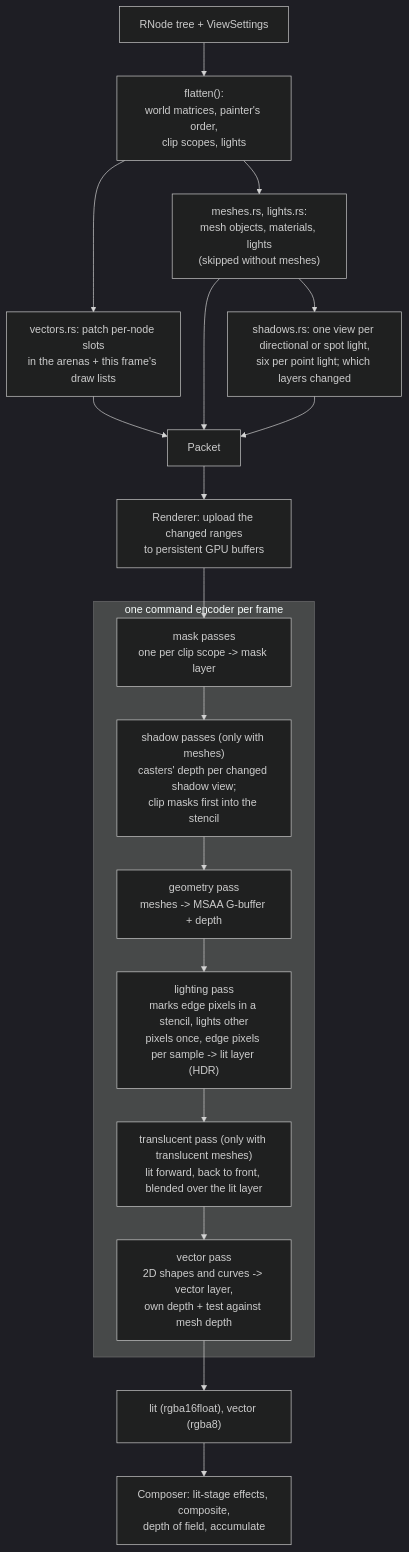
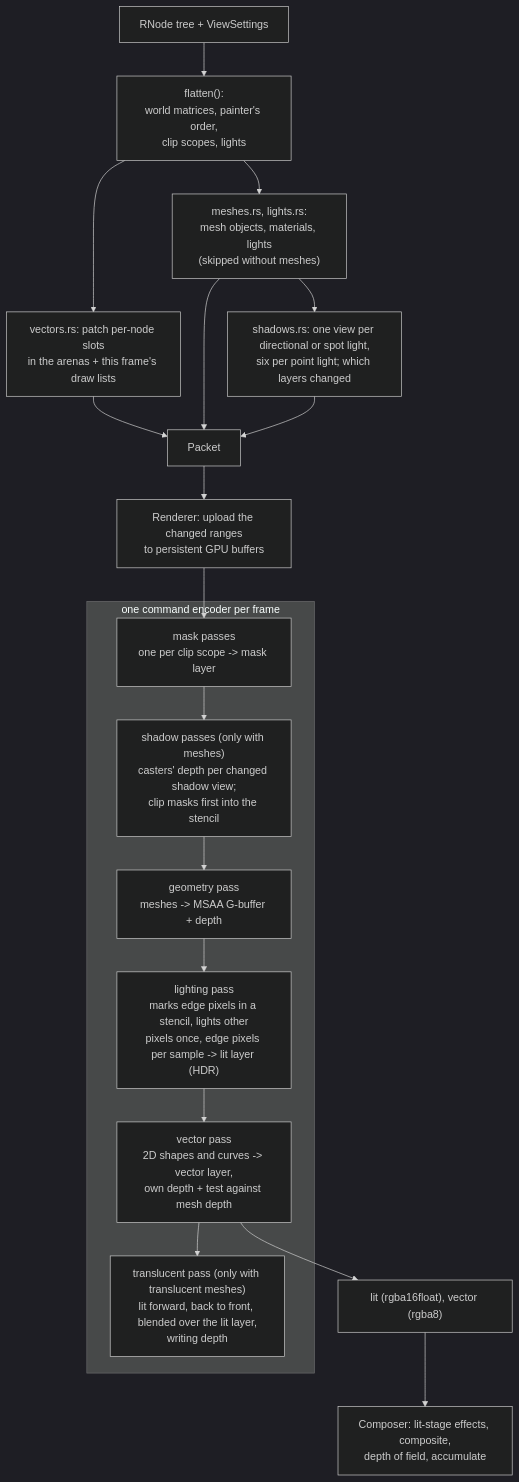
Before and after one commit to MrDiver/manim: the second of 5 diagrams in manimx/manimx/renderer/README.md, drawn with Mermaid (dark theme). The commit also changed other lines of this file and 4 other files, not shown here.

First line of the commit message:
manimx: let translucent meshes write depth, after the vector pass

````diff
--- a/manimx/manimx/renderer/README.md
+++ b/manimx/manimx/renderer/README.md
@@ -289,22 +289,22 @@
 ```mermaid
 flowchart TD
     A["RNode tree + ViewSettings"] --> B["flatten():<br/>world matrices, painter's order,<br/>clip scopes, lights"]
     B --> C["vectors.rs: patch per-node slots<br/>in the arenas + this frame's draw lists"]
     B --> D["meshes.rs, lights.rs:<br/>mesh objects, materials, lights<br/>(skipped without meshes)"]
     D --> E["shadows.rs: one view per directional or spot light,<br/>six per point light; which layers changed"]
     C & D & E --> K["Packet"]
     K --> F["Renderer: upload the changed ranges<br/>to persistent GPU buffers"]
     F --> P1
 
     subgraph GPU["one command encoder per frame"]
         P1["mask passes<br/>one per clip scope -> mask layer"] --> P2
         P2["shadow passes (only with meshes)<br/>casters' depth per changed shadow view;<br/>clip masks first into the stencil"] --> P3
         P3["geometry pass<br/>meshes -> MSAA G-buffer + depth"] --> P4
-        P4["lighting pass<br/>marks edge pixels in a stencil, lights other<br/>pixels once, edge pixels per sample -> lit layer (HDR)"] --> P4b
-        P4b["translucent pass (only with translucent meshes)<br/>lit forward, back to front, blended over the lit layer"] --> P5
-        P5["vector pass<br/>2D shapes and curves -> vector layer,<br/>own depth + test against mesh depth"]
+        P4["lighting pass<br/>marks edge pixels in a stencil, lights other<br/>pixels once, edge pixels per sample -> lit layer (HDR)"] --> P5
+        P5["vector pass<br/>2D shapes and curves -> vector layer,<br/>own depth + test against mesh depth"] --> P6
+        P6["translucent pass (only with translucent meshes)<br/>lit forward, back to front, blended over the lit layer,<br/>writing depth"]
     end
 
     P5 --> L["lit (rgba16float), vector (rgba8)"]
     L --> Comp["Composer: lit-stage effects, composite,<br/>depth of field, accumulate"]
 ```
````
